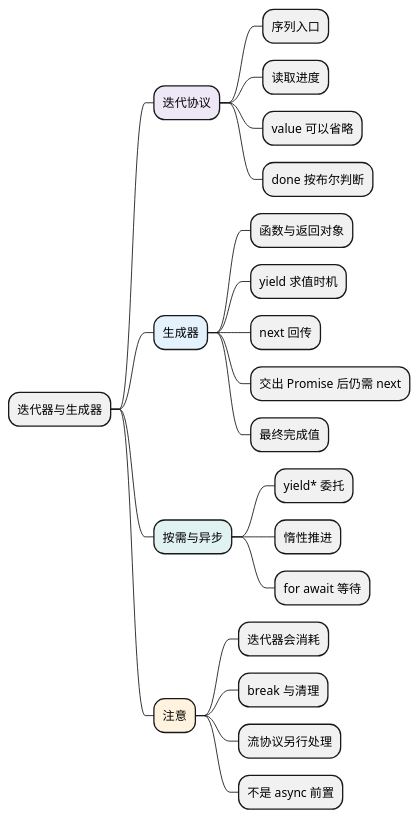
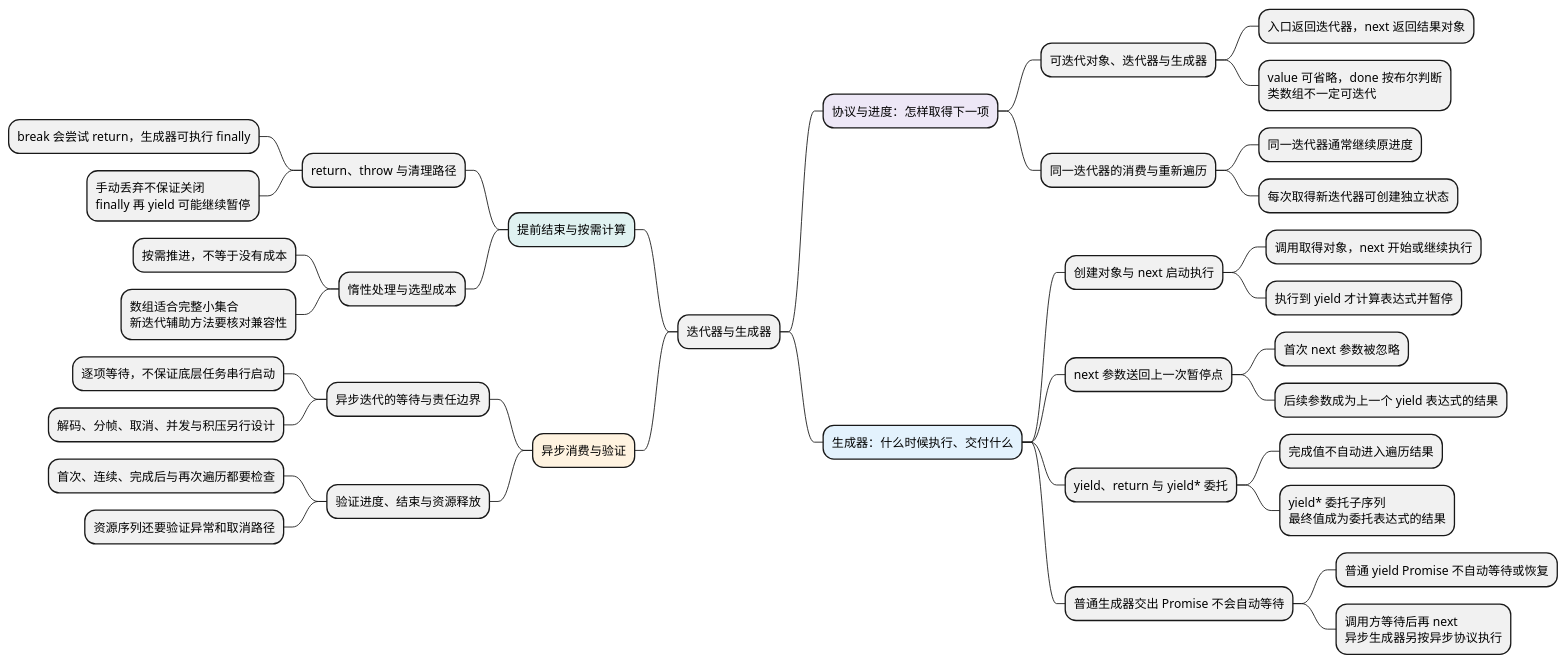
One commit to chenx18/JAVA changed the diagram in docs/AI前端全栈教材/01_JavaScript/06_选读扩展/01_迭代器与生成器.md. Above: the diagram before and after it, drawn with PlantUML. The commit also changed other lines of this file and 84 other files, not shown here.

````diff
--- a/docs/AI前端全栈教材/01_JavaScript/06_选读扩展/01_迭代器与生成器.md
+++ b/docs/AI前端全栈教材/01_JavaScript/06_选读扩展/01_迭代器与生成器.md
@@ -9,32 +9,47 @@
 ```plantuml
 @startmindmap
 skinparam defaultFontName Microsoft YaHei
 skinparam defaultFontSize 14
 skinparam dpi 100
 skinparam backgroundColor white
 skinparam shadowing false
 
 * 迭代器与生成器
-**[#EDE7F6] 迭代协议
-*** 序列入口
-*** 读取进度
-*** value 可以省略
-*** done 按布尔判断
-**[#E3F2FD] 生成器
-*** 函数与返回对象
-*** yield 求值时机
-*** next 回传
-*** 交出 Promise 后仍需 next
-*** 最终完成值
-**[#E0F2F1] 按需与异步
-*** yield* 委托
-*** 惰性推进
-*** for await 等待
-**[#FFF3E0] 注意
-*** 迭代器会消耗
-*** break 与清理
-*** 流协议另行处理
-*** 不是 async 前置
+**[#EDE7F6] 协议与进度：怎样取得下一项
+*** 可迭代对象、迭代器与生成器
+**** 入口返回迭代器，next 返回结果对象
+**** value 可省略，done 按布尔判断\n类数组不一定可迭代
+*** 同一迭代器的消费与重新遍历
+**** 同一迭代器通常继续原进度
+**** 每次取得新迭代器可创建独立状态
+**[#E3F2FD] 生成器：什么时候执行、交付什么
+*** 创建对象与 next 启动执行
+**** 调用取得对象，next 开始或继续执行
+**** 执行到 yield 才计算表达式并暂停
+*** next 参数送回上一次暂停点
+**** 首次 next 参数被忽略
+**** 后续参数成为上一个 yield 表达式的结果
+*** yield、return 与 yield* 委托
+**** 完成值不自动进入遍历结果
+**** yield* 委托子序列\n最终值成为委托表达式的结果
+*** 普通生成器交出 Promise 不会自动等待
+**** 普通 yield Promise 不自动等待或恢复
+**** 调用方等待后再 next\n异步生成器另按异步协议执行
+left side
+**[#E0F2F1] 提前结束与按需计算
+*** return、throw 与清理路径
+**** break 会尝试 return，生成器可执行 finally
+**** 手动丢弃不保证关闭\nfinally 再 yield 可能继续暂停
+*** 惰性处理与选型成本
+**** 按需推进，不等于没有成本
+**** 数组适合完整小集合\n新迭代辅助方法要核对兼容性
+**[#FFF3E0] 异步消费与验证
+*** 异步迭代的等待与责任边界
+**** 逐项等待，不保证底层任务串行启动
+**** 解码、分帧、取消、并发与积压另行设计
+*** 验证进度、结束与资源释放
+**** 首次、连续、完成后与再次遍历都要检查
+**** 资源序列还要验证异常和取消路径
 
 @endmindmap
 ```
````
